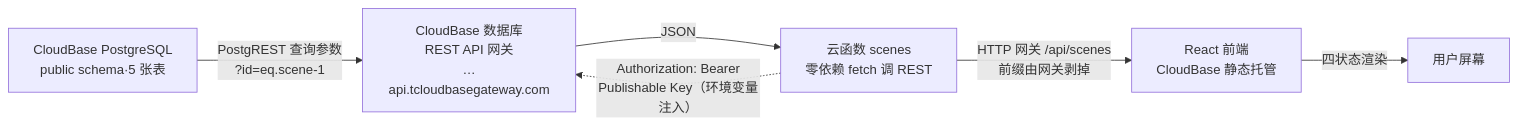
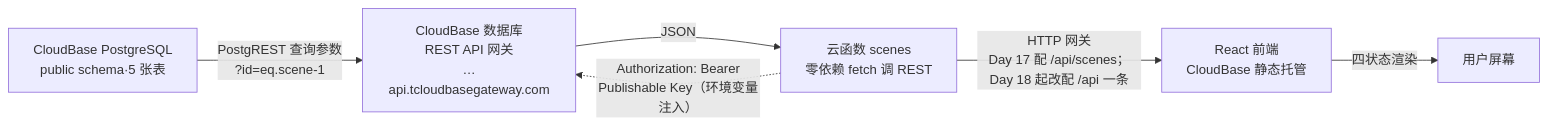
Before and after one commit to XingHo-VibeCoding/wenwu-vibecoding: the third of 3 diagrams in TECH_DESIGN.md, drawn with Mermaid. The commit also changed other lines of this file and 5 other files, not shown here.

````diff
--- a/TECH_DESIGN.md
+++ b/TECH_DESIGN.md
@@ -279,8 +284,8 @@
 ```mermaid
 flowchart LR
     A[CloudBase PostgreSQL<br/>public schema·5 张表] -->|PostgREST 查询参数<br/>?id=eq.scene-1| H[CloudBase 数据库<br/>REST API 网关<br/>…api.tcloudbasegateway.com]
     H -->|JSON| C[云函数 scenes<br/>零依赖 fetch 调 REST]
-    C -->|HTTP 网关 /api/scenes<br/>前缀由网关剥掉| D[React 前端<br/>CloudBase 静态托管]
+    C -->|HTTP 网关<br/>Day 17 配 /api/scenes；Day 18 起改配 /api 一条| D[React 前端<br/>CloudBase 静态托管]
     D -->|四状态渲染| E[用户屏幕]
     C -.->|Authorization: Bearer<br/>Publishable Key（环境变量注入）| H
 ```
````
